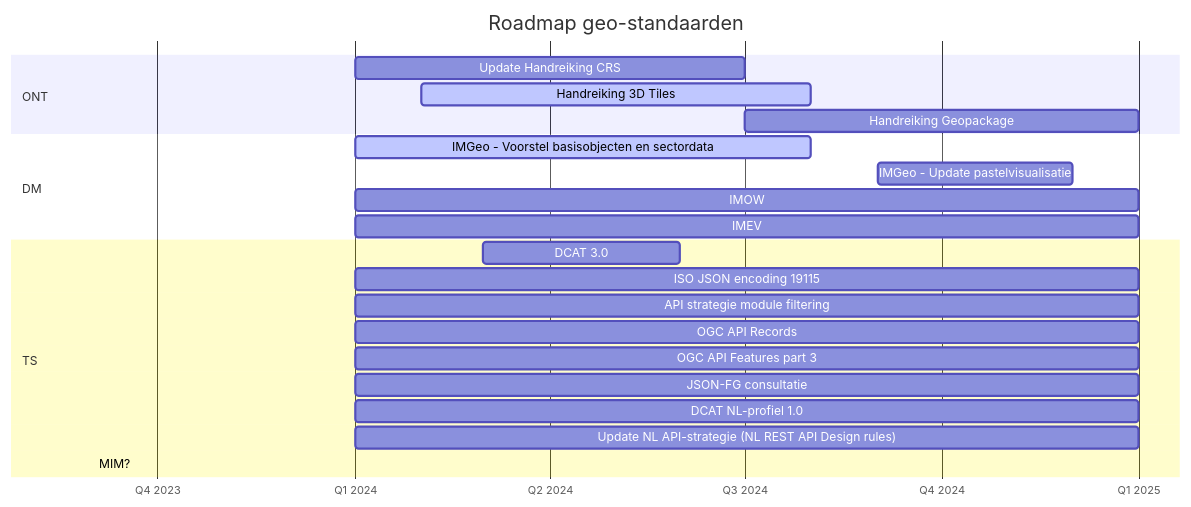
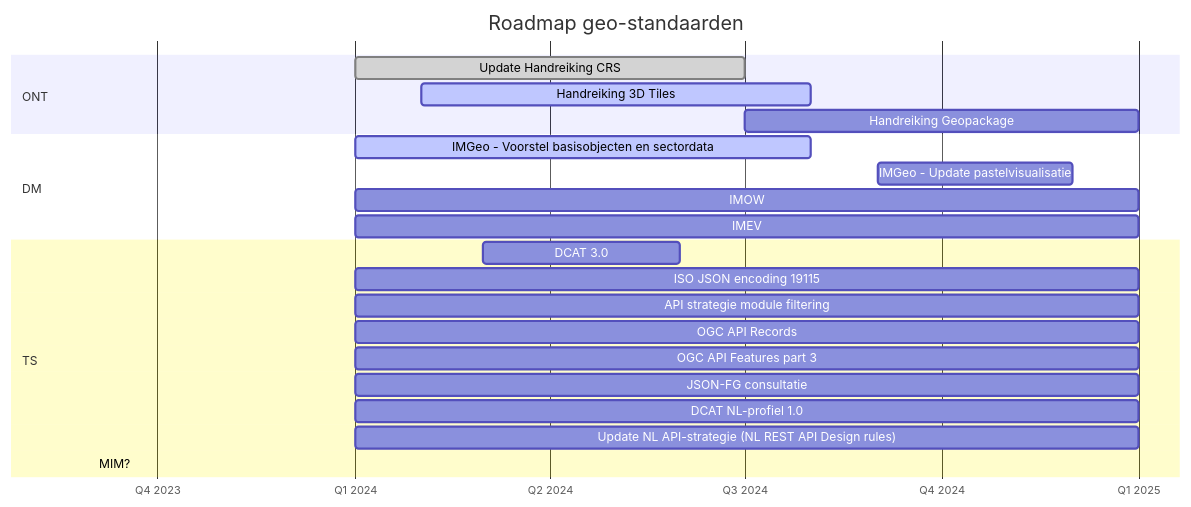
One commit to Geonovum/roadmap-geostandaarden changed the diagram in roadmap.mmd. Above: the diagram before and after it, drawn with Mermaid.

```diff
--- a/roadmap.mmd
+++ b/roadmap.mmd
@@ -1,47 +1,47 @@
 gantt
     title Roadmap geo-standaarden
     dateFormat YYYY-M
     axisFormat Q%q %Y
     tickInterval 3month
     section ONT
         %% Consultatie GeoPackage and Spatial Schema   :done,      2023-07, 3M
         % Update PTOLU Geo-standaarden                :done,    2023-10, 6M
         %% PoC Rechtendelegatie (oAuth)                :           2023-10, 3M
         %% OGC Code Sprint                             :           2023-10, 1M        
         %%Consultatie IMX-Geo                         :           2024-01, 3M
-        Update Handreiking CRS                      :done           2024-01, 6M        
+        Update Handreiking CRS                      :done,           2024-01, 6M        
         Handreiking 3D Tiles                        :active,          2024-02, 6M
         Handreiking Geopackage                      :           2024-07, 6M
         
     section DM        
         %%IMEV 2.0                                    :done,    2023-10, 3M
         %%IMG                                         :done,    2023-10, 3M
         IMGeo - Voorstel basisobjecten en sectordata:active,    2024-01, 7M
         IMGeo - Update pastelvisualisatie                :      2024-09, 3M
         IMOW                                        :           2024-01, 12M
         IMEV                                        :           2024-01, 12M
         %% IMKL                                        :           2023-09, 
         %% IMKAD                                       :           2023-09, 
         %% IMWOZ                                       :           2023-09, 
         %% IMBAG                                       :           2023-09, 
         %% IMBOR                                       :           2023-09, 
         %% GWSW                                        :           2023-09, 
         %% IMNA                                        :           2023-09, 
         %% IMDBK / IMROI                               :           2023-09, 
         %% BRT.Next                                    :           2023-09, 
 
     section TS
         %%GeoPackage 1.4                              :active,    2023-10, 3M
         %%CityJSON 2.0                                :active,    2023-10, 3M
         %%OGC Training DML-AI 1.0                     :active,    2023-10, 3M
         %%Consultatie standaard voor begrippenkaders  :           2023-10, 3M        
         %Standaard voor begrippenkaders SBB v1.0.0       :           2024-01, 3M
         DCAT 3.0                                    :           2024-03, 3M 
         ISO JSON encoding 19115                     :           2024-01, 12M
         API strategie module filtering              :           2024-01, 12M
         OGC API Records                             :           2024-01, 12M
         OGC API Features part 3                     :           2024-01, 12M
         JSON-FG consultatie                         :           2024-01, 12M
         DCAT NL-profiel 1.0                         :           2024-01, 12M
         Update NL API-strategie (NL REST API Design rules) :    2024-01, 12M
         MIM?                                               :    2023-09,
```
